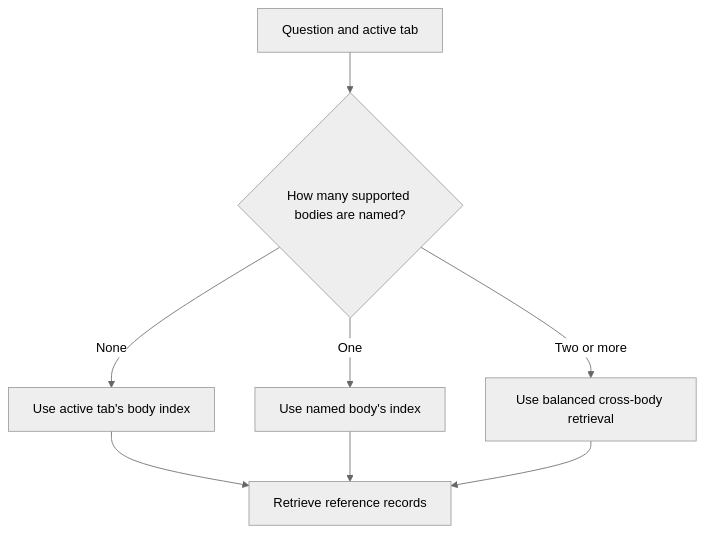
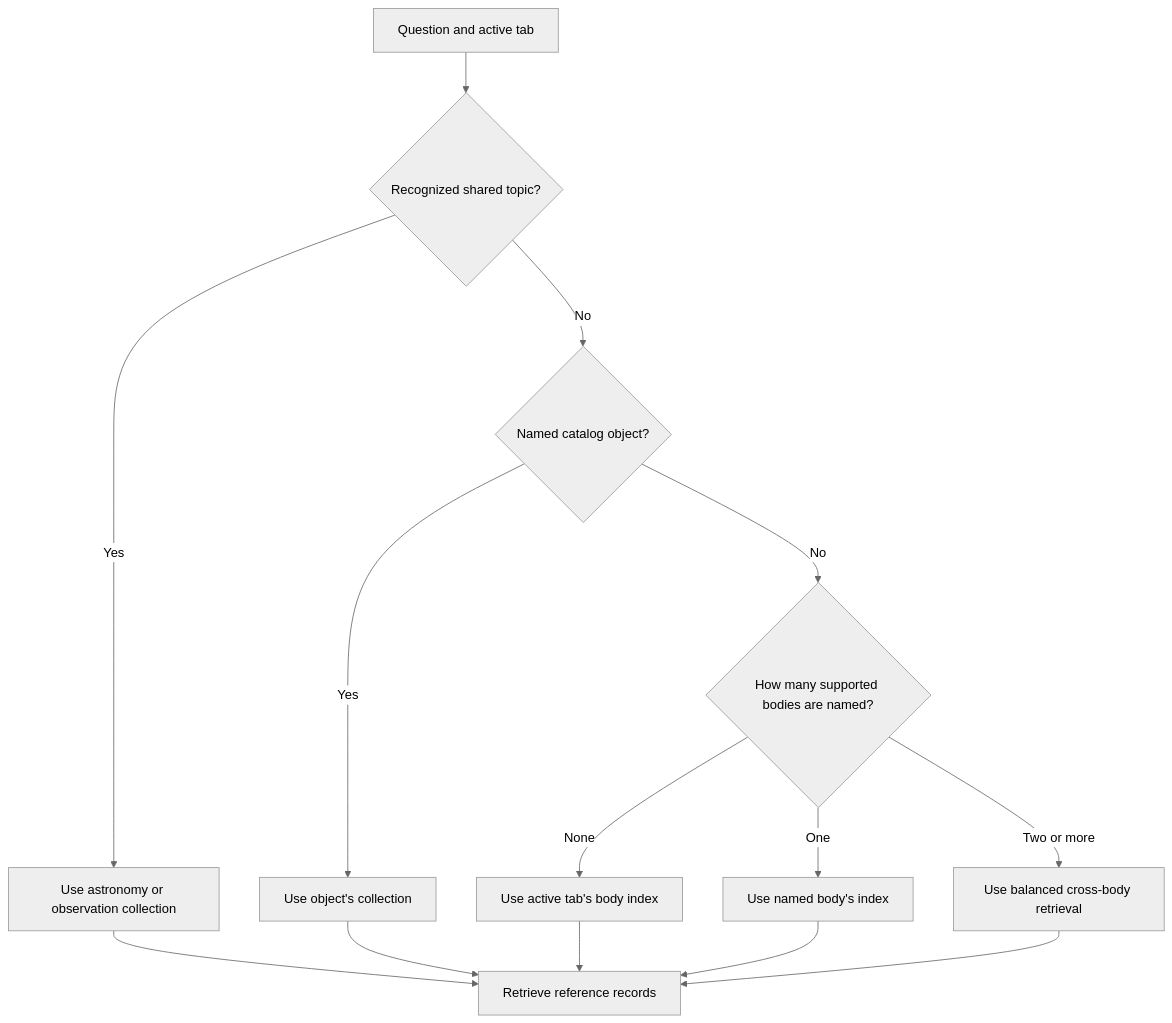
One commit to Kongstad/planetary-scanner changed the fifth of 6 diagrams in docs/ai-pipeline.md. Above: the diagram before and after it, drawn with Mermaid (neutral theme). The commit also changed other lines of this file and 48 other files, not shown here.

````diff
--- a/docs/ai-pipeline.md
+++ b/docs/ai-pipeline.md
@@ -284,10 +316,16 @@
 ```mermaid
 flowchart TD
-    Question[Question and active tab] --> Named{How many supported bodies are named?}
+    Question[Question and active tab] --> Shared{Recognized shared topic?}
+    Shared -->|Yes| Context[Use astronomy or observation collection]
+    Shared -->|No| Object{Named catalog object?}
+    Object -->|Yes| Catalog[Use object's collection]
+    Object -->|No| Named{How many supported bodies are named?}
     Named -->|None| Selected[Use active tab's body index]
     Named -->|One| Explicit[Use named body's index]
     Named -->|Two or more| Comparison[Use balanced cross-body retrieval]
     Selected --> Evidence[Retrieve reference records]
     Explicit --> Evidence
     Comparison --> Evidence
+    Context --> Evidence
+    Catalog --> Evidence
 ```
````
